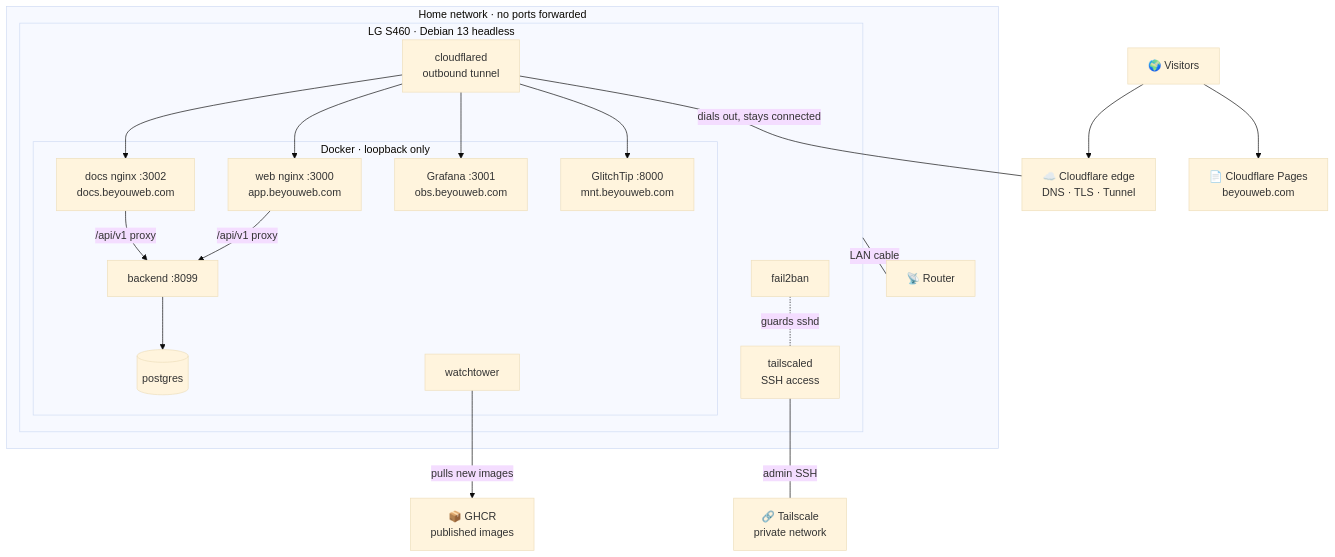
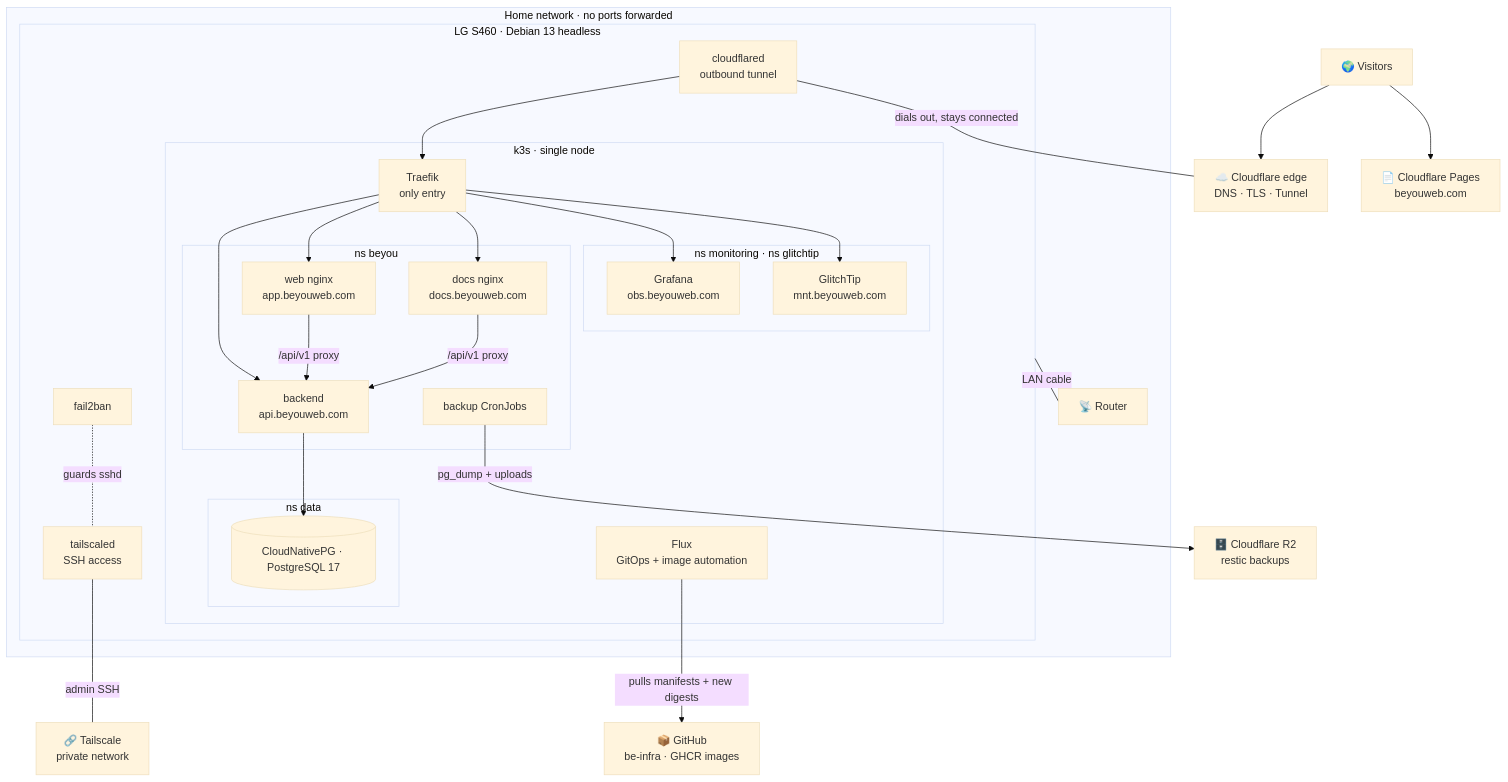
Before and after one commit to AndDev741/Beyou-arch-design: the diagram in architecture/infrastructure/diagram.mmd, drawn with Mermaid (base theme). The commit also changed 29 other files, not shown here.

```diff
--- a/architecture/infrastructure/diagram.mmd
+++ b/architecture/infrastructure/diagram.mmd
@@ -1,39 +1,51 @@
 flowchart TB
   U["🌍 Visitors"]
   CF["☁️ Cloudflare edge<br/>DNS · TLS · Tunnel"]
   CP["📄 Cloudflare Pages<br/>beyouweb.com"]
   TS["🔗 Tailscale<br/>private network"]
-  GH["📦 GHCR<br/>published images"]
+  GH["📦 GitHub<br/>be-infra · GHCR images"]
 
   subgraph home["Home network · no ports forwarded"]
     RT["📡 Router"]
     subgraph laptop["LG S460 · Debian 13 headless"]
       CD["cloudflared<br/>outbound tunnel"]
       TSD["tailscaled<br/>SSH access"]
       F2B["fail2ban"]
-      subgraph docker["Docker · loopback only"]
-        WEBN["web nginx :3000<br/>app.beyouweb.com"]
-        DOCSN["docs nginx :3002<br/>docs.beyouweb.com"]
-        GF["Grafana :3001<br/>obs.beyouweb.com"]
-        GT["GlitchTip :8000<br/>mnt.beyouweb.com"]
-        BE["backend :8099"]
-        DB[("postgres")]
-        WT["watchtower"]
+      subgraph k3s["k3s · single node"]
+        FX["Flux<br/>GitOps + image automation"]
+        TR["Traefik<br/>only entry"]
+        subgraph nsbeyou["ns beyou"]
+          WEBN["web nginx<br/>app.beyouweb.com"]
+          DOCSN["docs nginx<br/>docs.beyouweb.com"]
+          BE["backend<br/>api.beyouweb.com"]
+          BK["backup CronJobs"]
+        end
+        subgraph nsdata["ns data"]
+          DB[("CloudNativePG · PostgreSQL 17")]
+        end
+        subgraph nsmon["ns monitoring · ns glitchtip"]
+          GF["Grafana<br/>obs.beyouweb.com"]
+          GT["GlitchTip<br/>mnt.beyouweb.com"]
+        end
       end
     end
   end
+  R2["🗄️ Cloudflare R2<br/>restic backups"]
 
   U --> CF
   U --> CP
   laptop ---|"LAN cable"| RT
   F2B -.-|"guards sshd"| TSD
   CD ---|"dials out, stays connected"| CF
-  CD --> WEBN
-  CD --> DOCSN
-  CD --> GF
-  CD --> GT
+  CD --> TR
+  TR --> WEBN
+  TR --> DOCSN
+  TR --> BE
+  TR --> GF
+  TR --> GT
   WEBN -->|"/api/v1 proxy"| BE
   DOCSN -->|"/api/v1 proxy"| BE
   BE --> DB
+  BK -->|"pg_dump + uploads"| R2
   TSD ---|"admin SSH"| TS
-  WT -->|"pulls new images"| GH
+  FX -->|"pulls manifests + new digests"| GH
```
